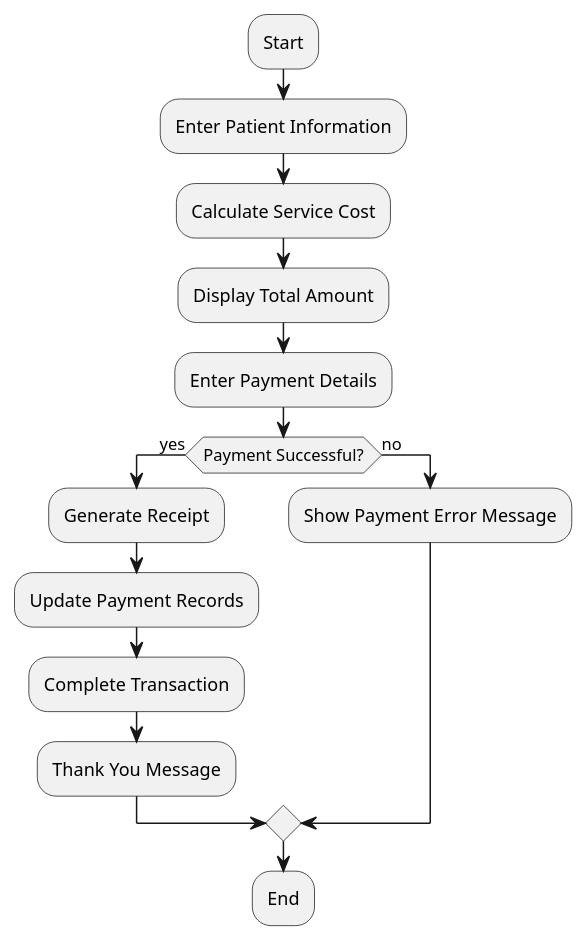
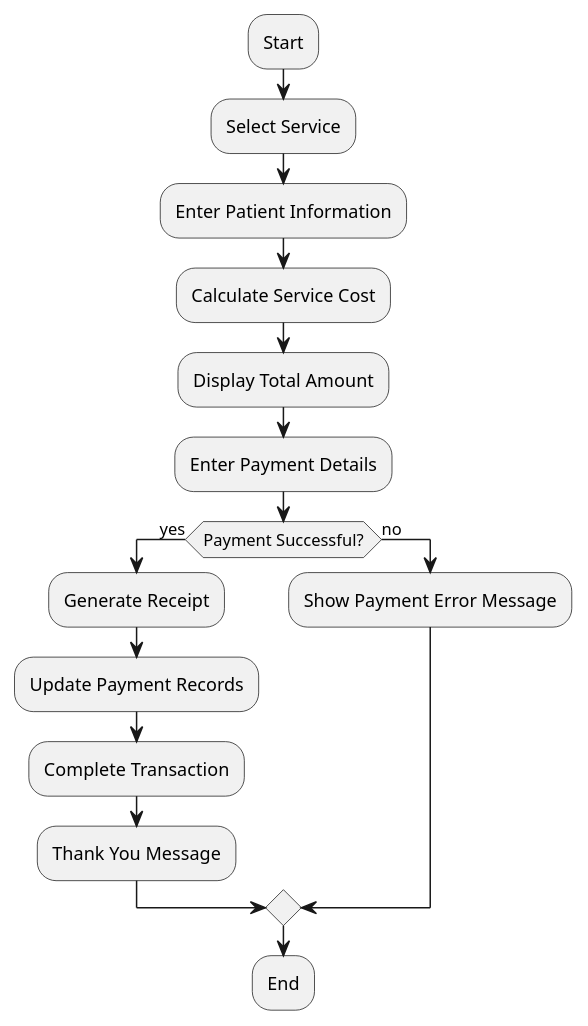
Before and after one commit to AlinaBerns/UMLMedSystem: the diagram in UML diag/FlowCharts/Receptionist/AcceptingPaymentForTheService.wsd, drawn with PlantUML. The commit also changed 19 other files, not shown here.

```diff
--- a/UML diag/FlowCharts/Receptionist/AcceptingPaymentForTheService.wsd
+++ b/UML diag/FlowCharts/Receptionist/AcceptingPaymentForTheService.wsd
@@ -1,16 +1,17 @@
 @startuml Accepting Payment For The Service
 :Start;
+:Select Service;
 :Enter Patient Information;
 :Calculate Service Cost;
 :Display Total Amount;
 :Enter Payment Details;
 if (Payment Successful?) then (yes)
   :Generate Receipt;
   :Update Payment Records;
   :Complete Transaction;
   :Thank You Message;
 else (no)
   :Show Payment Error Message;
 endif
 :End;
 @enduml
```
